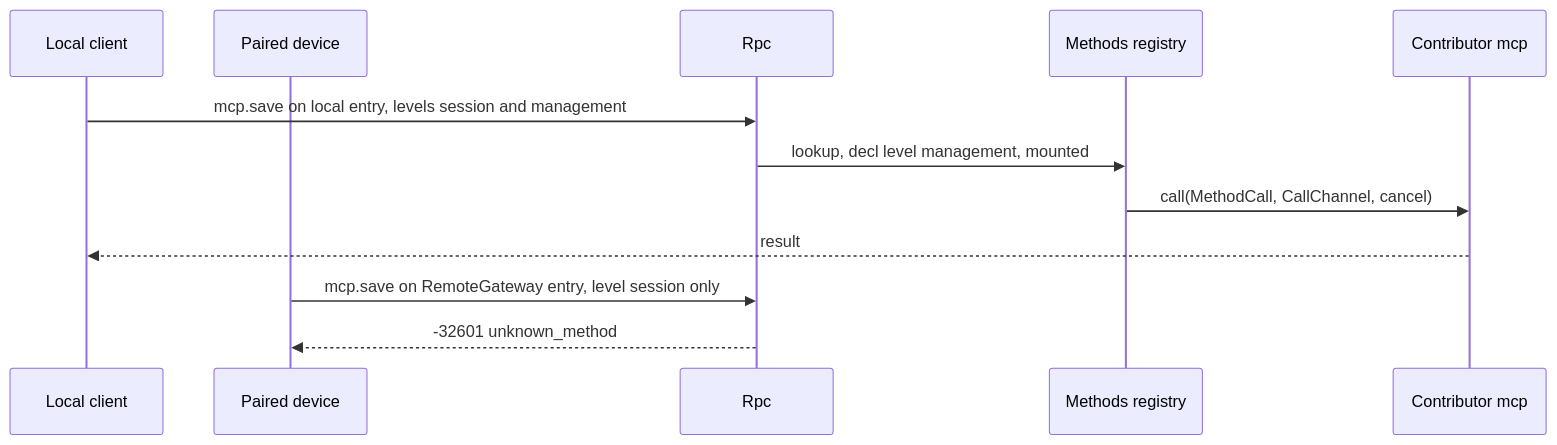
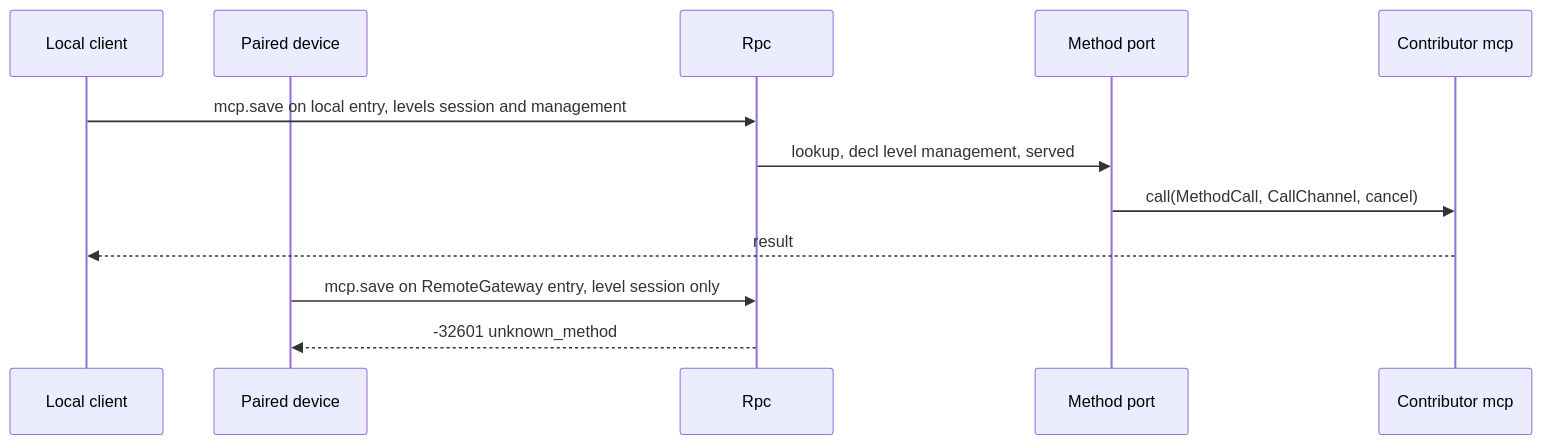
The third of 5 diagrams in docs/design/plugins/Management.md (CoutinhoTTS/dim-agent), drawn with Mermaid before and after one commit. The commit also changed other lines of this file and 3 other files, not shown here.

````diff
--- a/docs/design/plugins/Management.md
+++ b/docs/design/plugins/Management.md
@@ -66,14 +66,14 @@
 ```mermaid
 sequenceDiagram
   participant L as Local client
   participant D as Paired device
   participant R as Rpc
-  participant M as Methods registry
+  participant M as Method port
   participant P as Contributor mcp
   L->>R: mcp.save on local entry, levels session and management
-  R->>M: lookup, decl level management, mounted
+  R->>M: lookup, decl level management, served
   M->>P: call(MethodCall, CallChannel, cancel)
   P-->>L: result
   D->>R: mcp.save on RemoteGateway entry, level session only
   R-->>D: -32601 unknown_method
 ```
````
